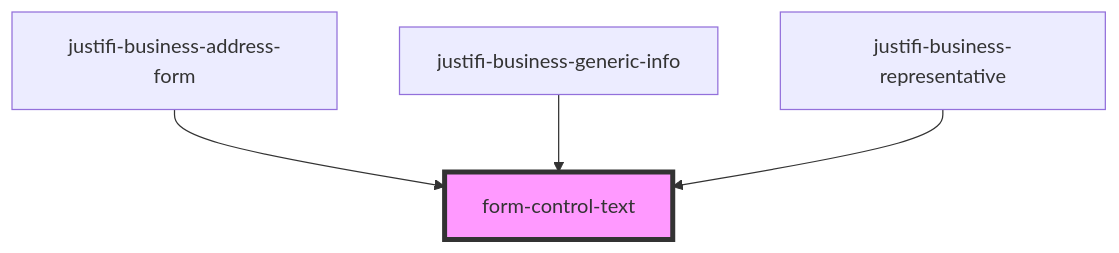
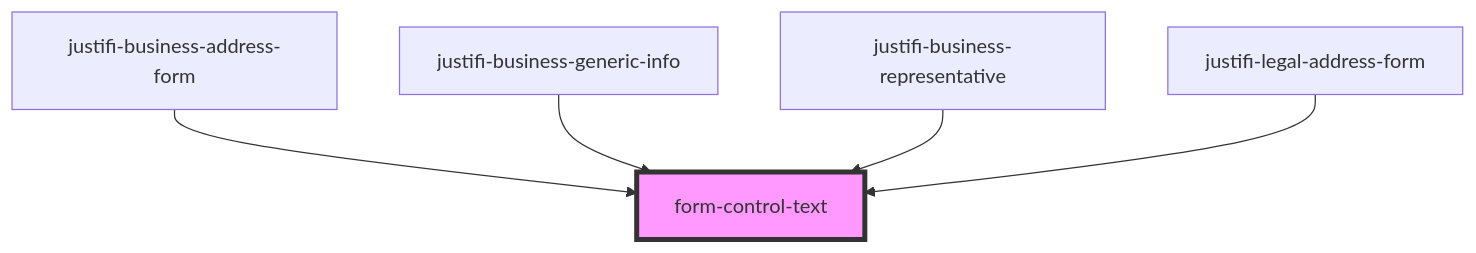
One commit to justifi-tech/web-component-library changed the diagram in stencil-library/src/components/form/readme.md. Above: the diagram before and after it, drawn with Mermaid. The commit also changed other lines of this file and 8 other files, not shown here.

Commit message:
feat: add legal address form section

````diff
--- a/stencil-library/src/components/form/readme.md
+++ b/stencil-library/src/components/form/readme.md
@@ -43,7 +44,8 @@
 ```mermaid
 graph TD;
   justifi-business-address-form --> form-control-text
   justifi-business-generic-info --> form-control-text
   justifi-business-representative --> form-control-text
+  justifi-legal-address-form --> form-control-text
   style form-control-text fill:#f9f,stroke:#333,stroke-width:4px
 ```
````
